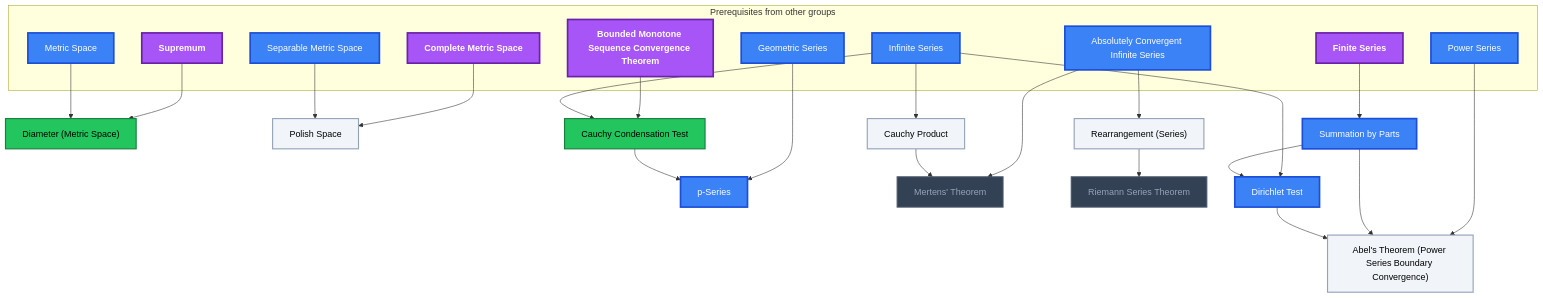
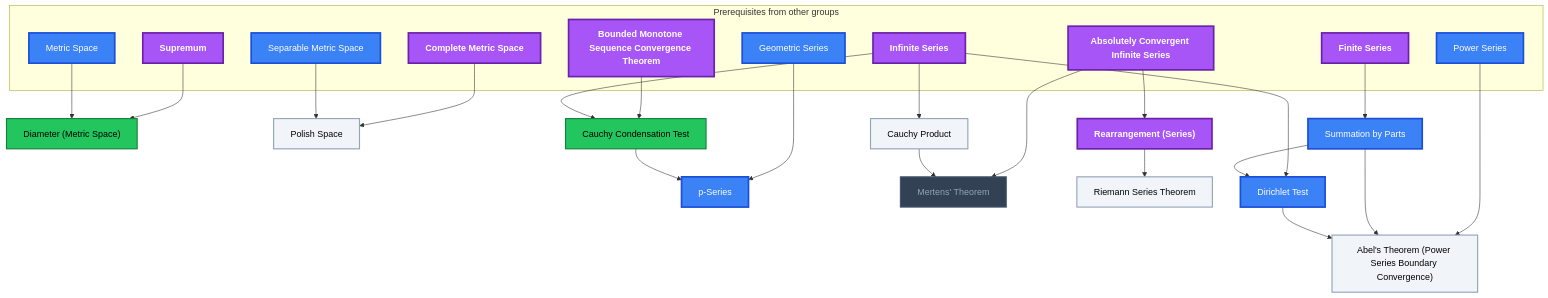
The fifth of 22 diagrams in Gamification/Skill Trees/Real Analysis.md (MRauf1/My-Notes), drawn with Mermaid before and after one commit. The commit also changed other lines of this file and 73 other files, not shown here.

````diff
--- a/Gamification/Skill Trees/Real Analysis.md
+++ b/Gamification/Skill Trees/Real Analysis.md
@@ -498,60 +498,60 @@
 ```mermaid
 flowchart TD
     classDef planned fill:#1E293B,stroke:#64748B,stroke-width:2px,stroke-dasharray:5 5,color:#94A3B8;
     classDef locked fill:#334155,stroke:#475569,stroke-width:2px,color:#94A3B8;
     classDef L0 fill:#F1F5F9,stroke:#94A3B8,stroke-width:2px,color:#000000;
     classDef L1 fill:#22C55E,stroke:#15803D,stroke-width:2px,color:#000000;
     classDef L2 fill:#3B82F6,stroke:#1D4ED8,stroke-width:3px,color:#FFFFFF;
     classDef L3 fill:#A855F7,stroke:#6B21A8,stroke-width:3px,color:#FFFFFF,font-weight:bold;
     classDef L4 fill:#F97316,stroke:#C2410C,stroke-width:4px,color:#000000,font-weight:bold;
     classDef L5 fill:#FFD700,stroke:#FF8C00,stroke-width:5px,color:#000000,font-weight:bold;
     classDef rusty stroke:#8B4513,stroke-width:4px,stroke-dasharray:3 3;
     subgraph sg_prereqs["Prerequisites from other groups"]
         n_supremum["Supremum"]
         n_metric_space["Metric Space"]
         n_complete_metric_space["Complete Metric Space"]
         n_separable_metric_space["Separable Metric Space"]
         n_bounded_monotone_sequence_convergence_theorem["Bounded Monotone Sequence Convergence Theorem"]
         n_infinite_series["Infinite Series"]
         n_geometric_series["Geometric Series"]
         n_finite_series["Finite Series"]
         n_power_series["Power Series"]
         n_absolutely_convergent_infinite_series["Absolutely Convergent Infinite Series"]
     end
     n_diameter_metric_space["Diameter (Metric Space)"]
     n_polish_space["Polish Space"]
     n_cauchy_condensation_test["Cauchy Condensation Test"]
     n_p_series["p-Series"]
     n_summation_by_parts["Summation by Parts"]
     n_abel_s_theorem_power_series_boundary_convergence["Abel's Theorem (Power Series Boundary Convergence)"]
     n_cauchy_product["Cauchy Product"]
     n_mertens_theorem["Mertens' Theorem"]
     n_rearrangement_series["Rearrangement (Series)"]
     n_riemann_series_theorem["Riemann Series Theorem"]
     n_dirichlet_test["Dirichlet Test"]
     n_supremum --> n_diameter_metric_space
     n_metric_space --> n_diameter_metric_space
     n_complete_metric_space --> n_polish_space
     n_separable_metric_space --> n_polish_space
     n_bounded_monotone_sequence_convergence_theorem --> n_cauchy_condensation_test
     n_infinite_series --> n_cauchy_condensation_test
     n_geometric_series --> n_p_series
     n_cauchy_condensation_test --> n_p_series
     n_finite_series --> n_summation_by_parts
     n_power_series --> n_abel_s_theorem_power_series_boundary_convergence
     n_summation_by_parts --> n_abel_s_theorem_power_series_boundary_convergence
     n_infinite_series --> n_cauchy_product
     n_absolutely_convergent_infinite_series --> n_mertens_theorem
     n_cauchy_product --> n_mertens_theorem
     n_absolutely_convergent_infinite_series --> n_rearrangement_series
     n_rearrangement_series --> n_riemann_series_theorem
     n_infinite_series --> n_dirichlet_test
     n_summation_by_parts --> n_dirichlet_test
     n_dirichlet_test --> n_abel_s_theorem_power_series_boundary_convergence
-    class n_mertens_theorem,n_riemann_series_theorem locked;
-    class n_polish_space,n_abel_s_theorem_power_series_boundary_convergence,n_cauchy_product,n_rearrangement_series L0;
+    class n_mertens_theorem locked;
+    class n_polish_space,n_abel_s_theorem_power_series_boundary_convergence,n_cauchy_product,n_riemann_series_theorem L0;
     class n_diameter_metric_space,n_cauchy_condensation_test L1;
-    class n_metric_space,n_separable_metric_space,n_infinite_series,n_geometric_series,n_power_series,n_absolutely_convergent_infinite_series,n_p_series,n_summation_by_parts,n_dirichlet_test L2;
-    class n_supremum,n_complete_metric_space,n_bounded_monotone_sequence_convergence_theorem,n_finite_series L3;
+    class n_metric_space,n_separable_metric_space,n_geometric_series,n_power_series,n_p_series,n_summation_by_parts,n_dirichlet_test L2;
+    class n_supremum,n_complete_metric_space,n_bounded_monotone_sequence_convergence_theorem,n_infinite_series,n_finite_series,n_absolutely_convergent_infinite_series,n_rearrangement_series L3;
     class n_supremum,n_metric_space,n_complete_metric_space,n_separable_metric_space,n_bounded_monotone_sequence_convergence_theorem,n_infinite_series,n_geometric_series,n_finite_series,n_power_series,n_absolutely_convergent_infinite_series,n_diameter_metric_space,n_polish_space,n_cauchy_condensation_test,n_p_series,n_summation_by_parts,n_abel_s_theorem_power_series_boundary_convergence,n_cauchy_product,n_mertens_theorem,n_rearrangement_series,n_riemann_series_theorem,n_dirichlet_test internal-link;
 ```
````
